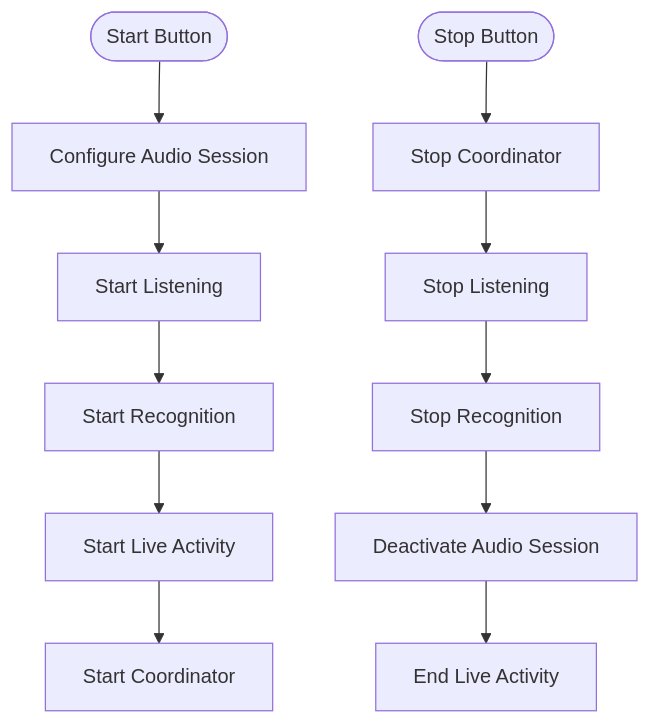
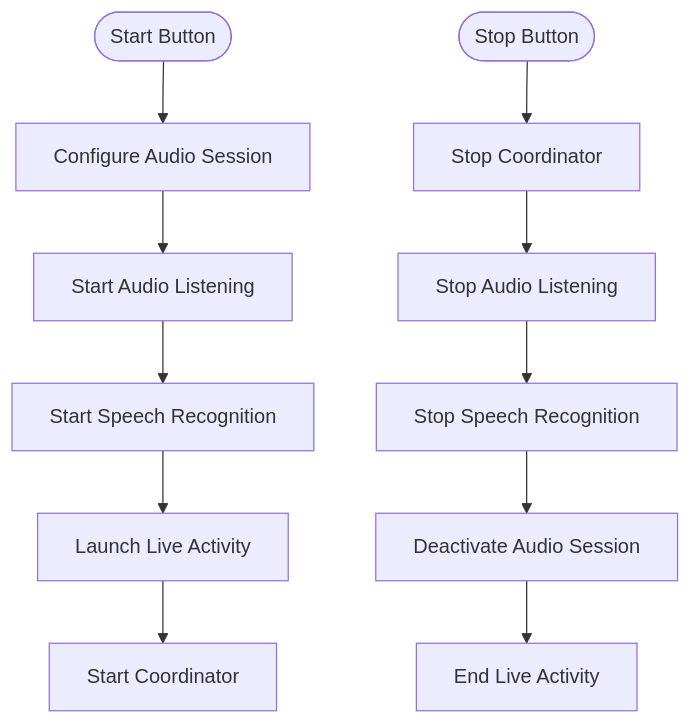
One commit to alexandreybasta-cyber/factshield-ios changed the seventh of 9 diagrams in .qoder/repowiki/en/content/Live Activity Integration/Live Activity Integration.md. Above: the diagram before and after it, drawn with Mermaid. The commit also changed other lines of this file and 97 other files, not shown here.

````diff
--- a/.qoder/repowiki/en/content/Live Activity Integration/Live Activity Integration.md
+++ b/.qoder/repowiki/en/content/Live Activity Integration/Live Activity Integration.md
@@ -313,13 +418,13 @@
 ```mermaid
 flowchart TD
-S(["Start Button"]) --> Init["Configure Audio Session"]
-Init --> Listen["Start Listening"]
-Listen --> Recognize["Start Recognition"]
-Recognize --> Live["Start Live Activity"]
-Live --> Run["Start Coordinator"]
-T(["Stop Button"]) --> StopCoord["Stop Coordinator"]
-StopCoord --> StopListen["Stop Listening"]
-StopListen --> StopRecognize["Stop Recognition"]
-StopRecognize --> Deact["Deactivate Audio Session"]
-Deact --> EndLive["End Live Activity"]
+S(["Start Button"]) --> AS["Configure Audio Session"]
+AS --> AL["Start Audio Listening"]
+AL --> SR["Start Speech Recognition"]
+SR --> LA["Launch Live Activity"]
+LA --> CS["Start Coordinator"]
+T(["Stop Button"]) --> SC["Stop Coordinator"]
+SC --> SAL["Stop Audio Listening"]
+SAL --> SREC["Stop Speech Recognition"]
+SREC --> DA["Deactivate Audio Session"]
+DA --> EA["End Live Activity"]
 ```
````
